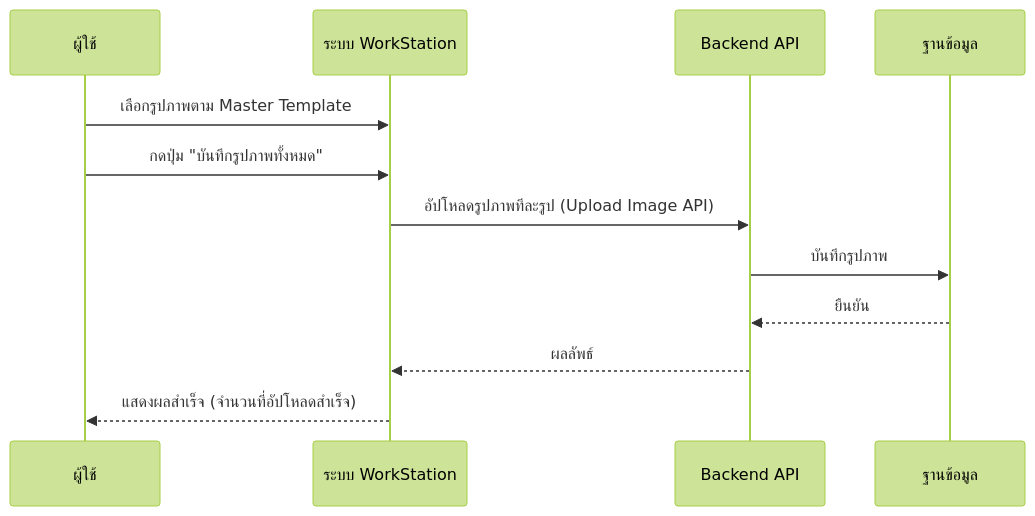
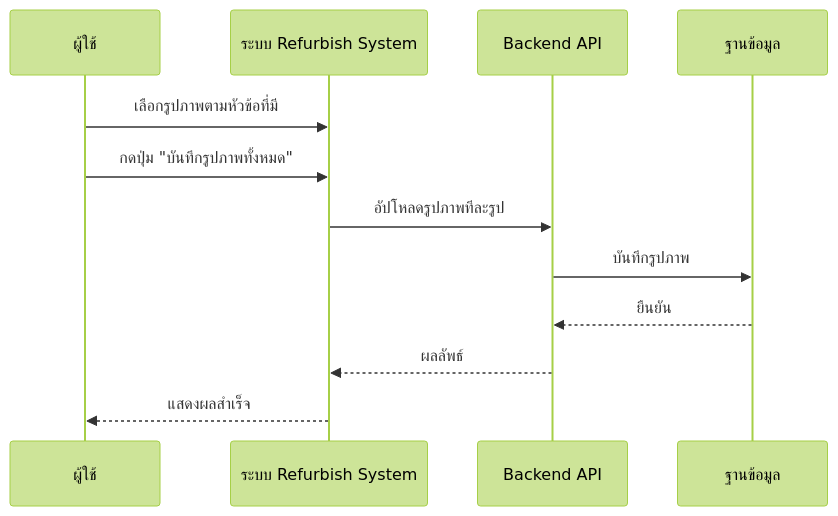
One commit to akkdach/pro-iot-mobile changed the seventh of 8 diagrams in docs/WorkStation_SequenceDiagram.md. Above: the diagram before and after it, drawn with Mermaid (forest theme). The commit also changed other lines of this file and 10 other files, not shown here.

````diff
--- a/docs/WorkStation_SequenceDiagram.md
+++ b/docs/WorkStation_SequenceDiagram.md
@@ -132,15 +132,15 @@
 ```mermaid
 sequenceDiagram
     participant U as ผู้ใช้
-    participant WS as ระบบ WorkStation
+    participant WS as ระบบ Refurbish System
     participant API as Backend API
     participant DB as ฐานข้อมูล
 
-    U->>WS: เลือกรูปภาพตาม Master Template
+    U->>WS: เลือกรูปภาพตามหัวข้อที่มี
     U->>WS: กดปุ่ม "บันทึกรูปภาพทั้งหมด"
-    WS->>API: อัปโหลดรูปภาพทีละรูป (Upload Image API)
+    WS->>API: อัปโหลดรูปภาพทีละรูป 
     API->>DB: บันทึกรูปภาพ
     DB-->>API: ยืนยัน
     API-->>WS: ผลลัพธ์
-    WS-->>U: แสดงผลสำเร็จ (จำนวนที่อัปโหลดสำเร็จ)
+    WS-->>U: แสดงผลสำเร็จ
 ```
````
